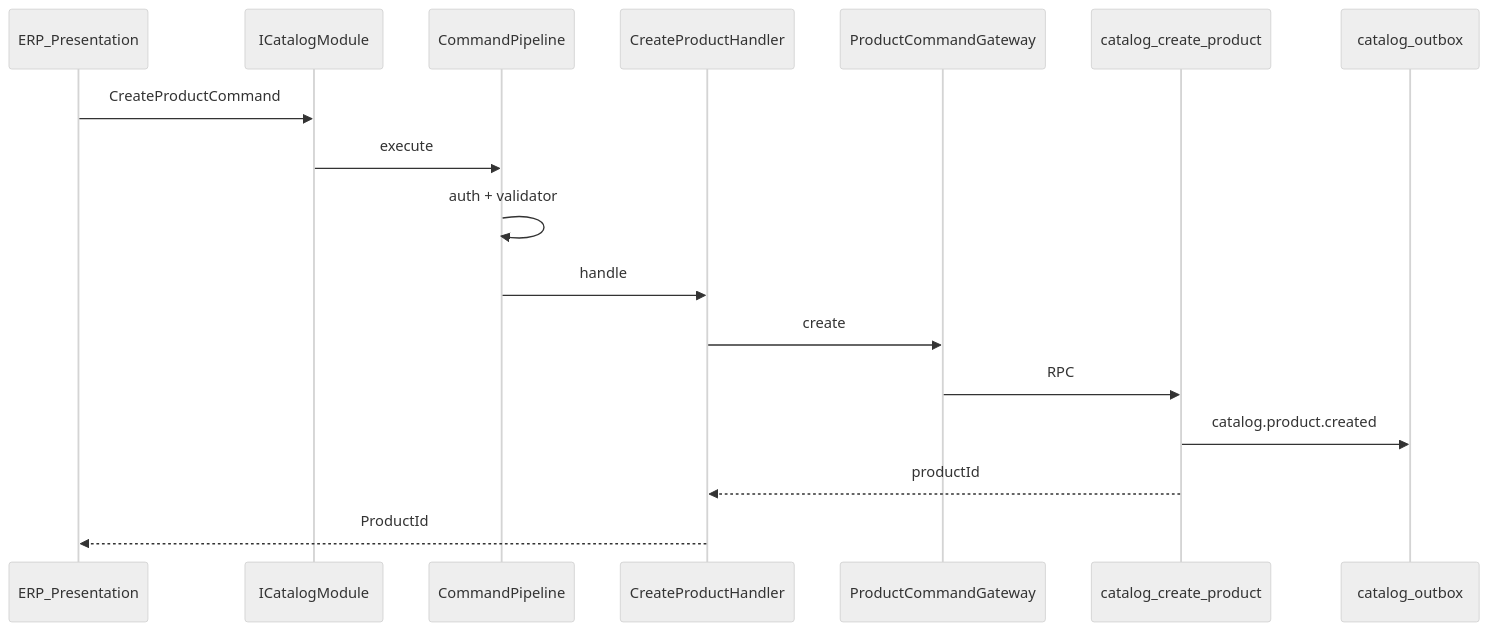
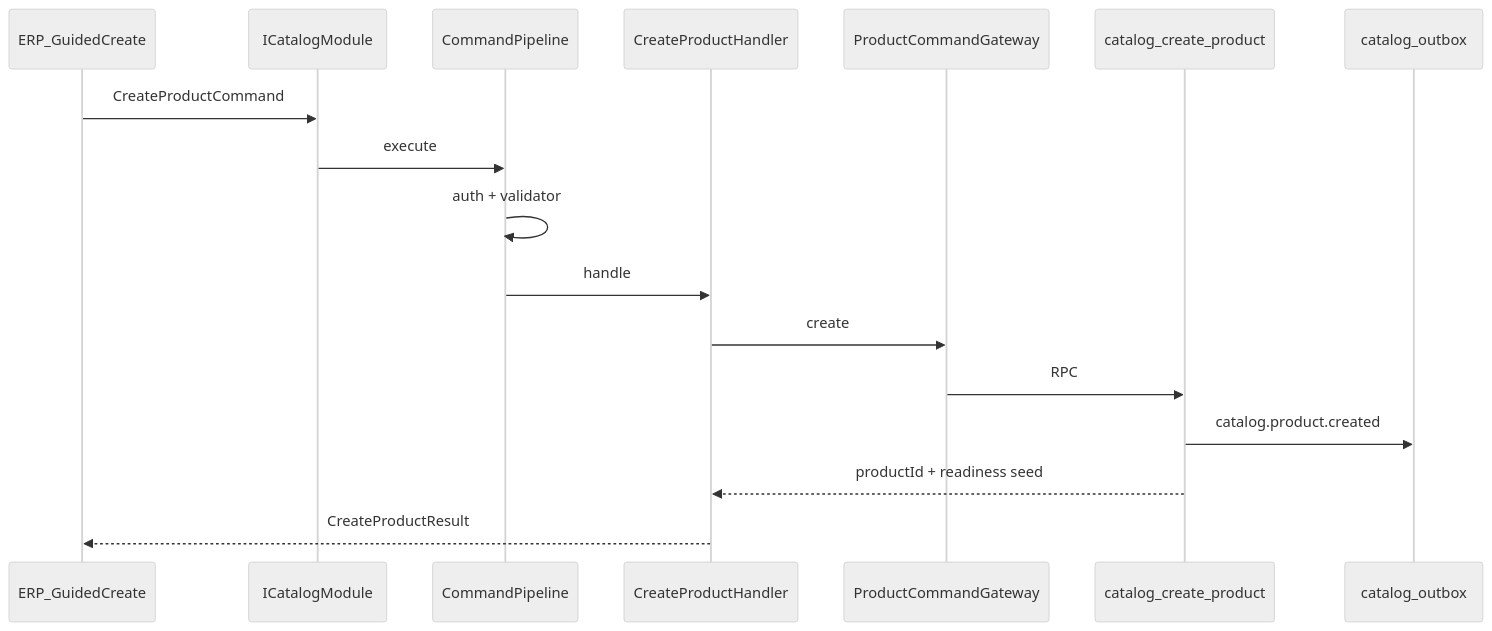
Before and after one commit to DsChien102/erp-sales-inventory: the first of 2 diagrams in docs/themes/TH-02-product-pricing/harness/03-architecture-and-flows.md, drawn with Mermaid (neutral theme). The commit also changed other lines of this file and 169 other files, not shown here.

First line of the commit message:
feat(TH-02): expand product pricing documentation and introduce discovery readiness epic

````diff
--- a/docs/themes/TH-02-product-pricing/harness/03-architecture-and-flows.md
+++ b/docs/themes/TH-02-product-pricing/harness/03-architecture-and-flows.md
@@ -7,20 +9,20 @@
 ```mermaid
 sequenceDiagram
-  participant UI as ERP_Presentation
+  participant UI as ERP_GuidedCreate
   participant Med as ICatalogModule
   participant Pipe as CommandPipeline
   participant H as CreateProductHandler
   participant GW as ProductCommandGateway
   participant RPC as catalog_create_product
   participant OB as catalog_outbox
 
   UI->>Med: CreateProductCommand
   Med->>Pipe: execute
   Pipe->>Pipe: auth + validator
   Pipe->>H: handle
   H->>GW: create
   GW->>RPC: RPC
   RPC->>OB: catalog.product.created
-  RPC-->>H: productId
-  H-->>UI: ProductId
+  RPC-->>H: productId + readiness seed
+  H-->>UI: CreateProductResult
 ```
````
